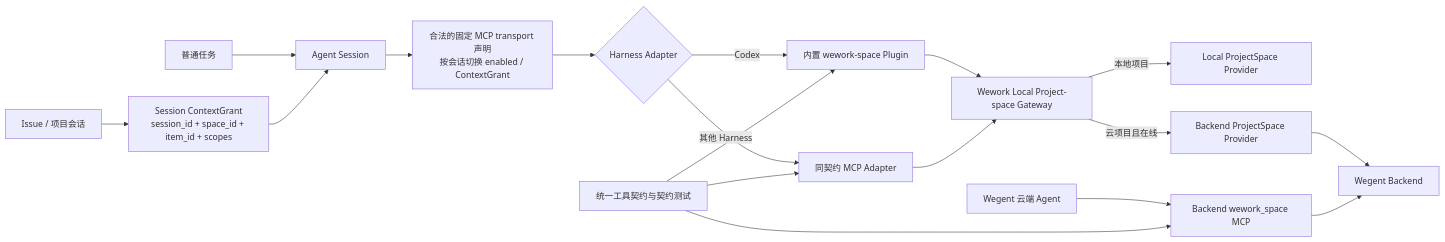
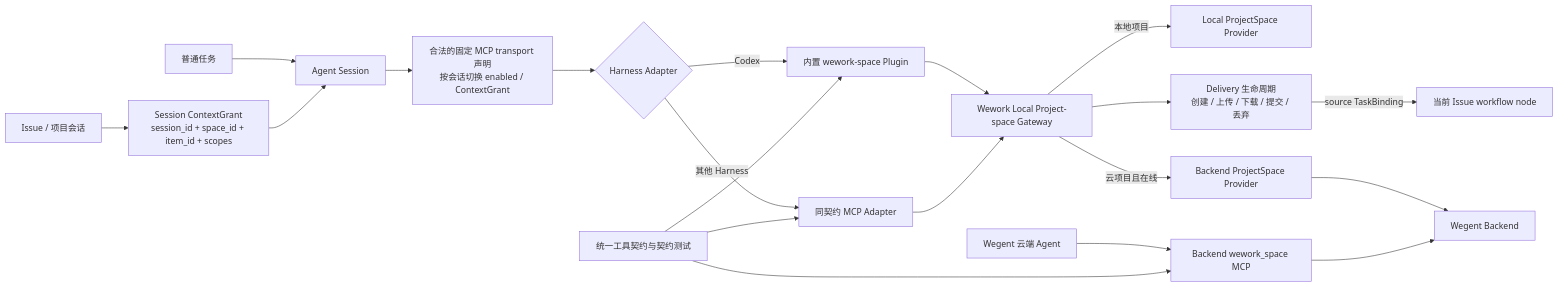
Before and after one commit to wecode-ai/Wegent: the first of 2 diagrams in docs/zh/architecture/project-space-agent-capability.md, drawn with Mermaid. The commit also changed other lines of this file and 30 other files, not shown here.

Commit message:
feat(workflow): complete delivery automation lifecycle

````diff
--- a/docs/zh/architecture/project-space-agent-capability.md
+++ b/docs/zh/architecture/project-space-agent-capability.md
@@ -9,20 +9,22 @@
 ```mermaid
 flowchart LR
     ISSUE[Issue / 项目会话] --> GRANT[Session ContextGrant<br/>session_id + space_id + item_id + scopes]
     GENERIC[普通任务] --> SESSION[Agent Session]
     GRANT --> SESSION
     SESSION --> DECLARATION[合法的固定 MCP transport 声明<br/>按会话切换 enabled / ContextGrant]
     DECLARATION --> ADAPTER{Harness Adapter}
     ADAPTER -->|Codex| PLUGIN[内置 wework-space Plugin]
     ADAPTER -->|其他 Harness| MCP_ADAPTER[同契约 MCP Adapter]
     PLUGIN --> GATEWAY[Wework Local Project-space Gateway]
     MCP_ADAPTER --> GATEWAY
     GATEWAY -->|本地项目| LOCAL[Local ProjectSpace Provider]
     GATEWAY -->|云项目且在线| REMOTE[Backend ProjectSpace Provider]
     REMOTE --> BACKEND[Wegent Backend]
+    GATEWAY --> DELIVERY[Delivery 生命周期<br/>创建 / 上传 / 下载 / 提交 / 丢弃]
+    DELIVERY -->|source TaskBinding| ISSUE_STAGE[当前 Issue workflow node]
     CLOUD[Wegent 云端 Agent] --> BACKEND_MCP[Backend wework_space MCP]
     BACKEND_MCP --> BACKEND
     CONTRACT[统一工具契约与契约测试] --> PLUGIN
     CONTRACT --> MCP_ADAPTER
     CONTRACT --> BACKEND_MCP
 ```
````
